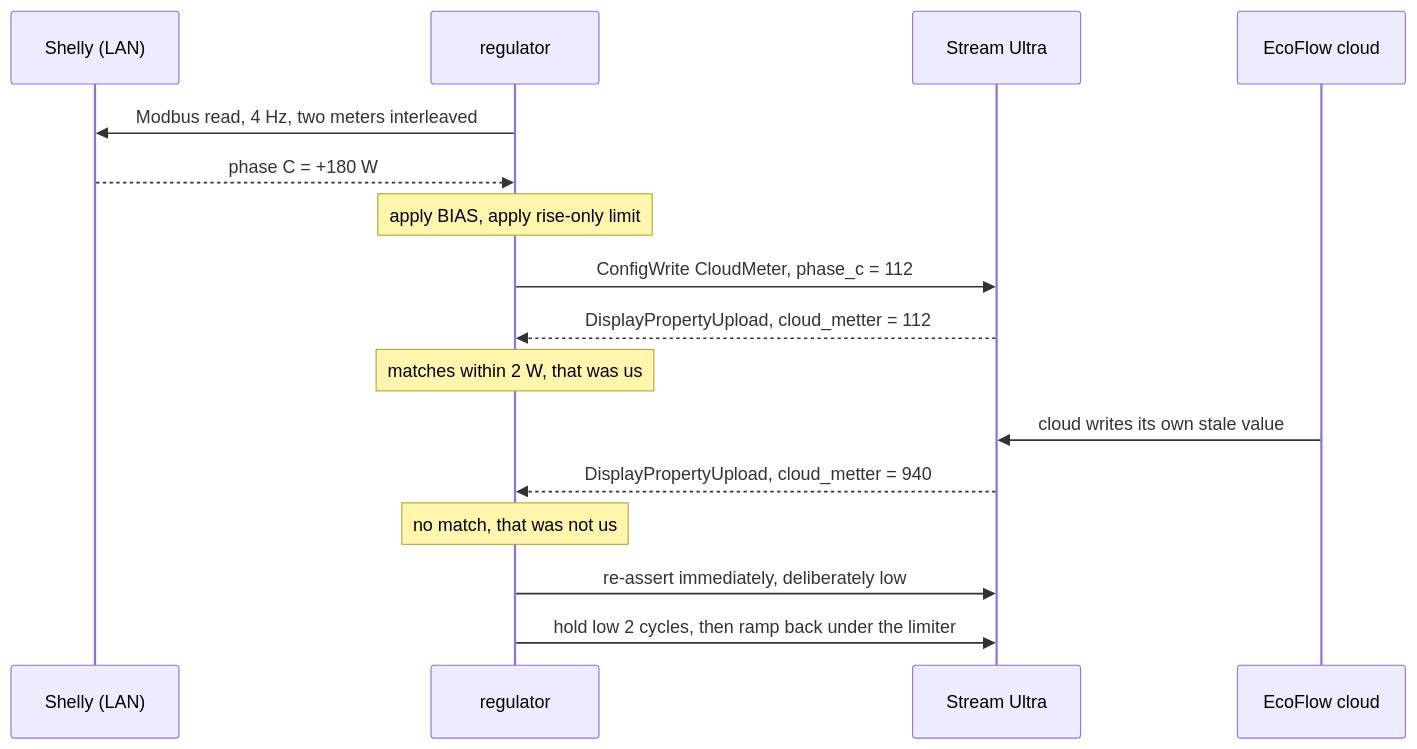
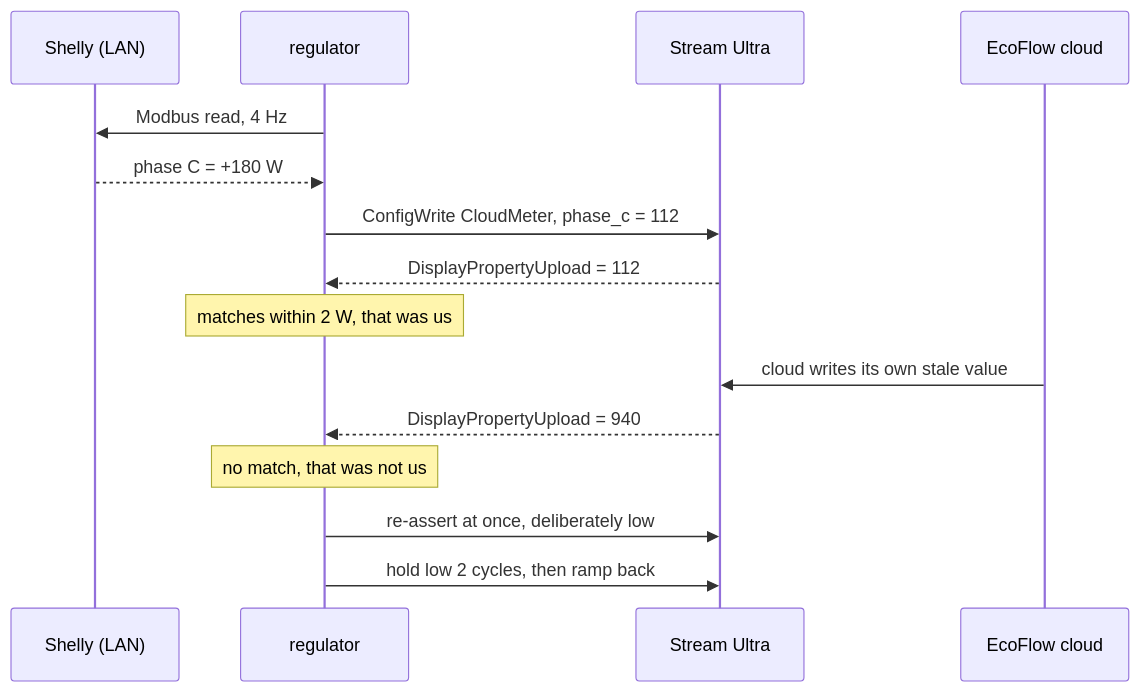
Diagram 12 of 16 in content/posts/ecoflow-zero-export-ble-meter-injection/index.md (phoinixgrr/mastori), drawn with Mermaid before and after one commit. The commit also changed other lines of this file, not shown here.

First line of the commit message:
zero-export post: cut to half length, drop the two lesson sections

```diff
--- a/content/posts/ecoflow-zero-export-ble-meter-injection/index.md
+++ b/content/posts/ecoflow-zero-export-ble-meter-injection/index.md
@@ -448,19 +387,18 @@
 {{< mermaid >}}
 sequenceDiagram
     participant M as Shelly (LAN)
     participant R as regulator
     participant U as Stream Ultra
     participant C as EcoFlow cloud
 
-    R->>M: Modbus read, 4 Hz, two meters interleaved
+    R->>M: Modbus read, 4 Hz
     M-->>R: phase C = +180 W
-    Note over R: apply BIAS, apply rise-only limit
     R->>U: ConfigWrite CloudMeter, phase_c = 112
-    U-->>R: DisplayPropertyUpload, cloud_metter = 112
+    U-->>R: DisplayPropertyUpload = 112
     Note over R: matches within 2 W, that was us
     C->>U: cloud writes its own stale value
-    U-->>R: DisplayPropertyUpload, cloud_metter = 940
+    U-->>R: DisplayPropertyUpload = 940
     Note over R: no match, that was not us
-    R->>U: re-assert immediately, deliberately low
-    R->>U: hold low 2 cycles, then ramp back under the limiter
+    R->>U: re-assert at once, deliberately low
+    R->>U: hold low 2 cycles, then ramp back
 {{< /mermaid >}}
```
